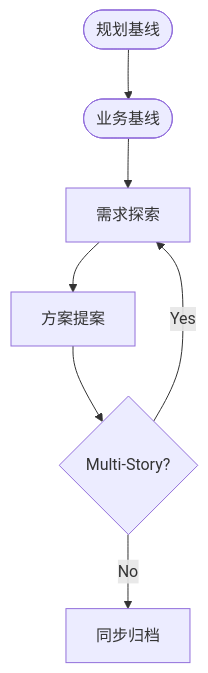
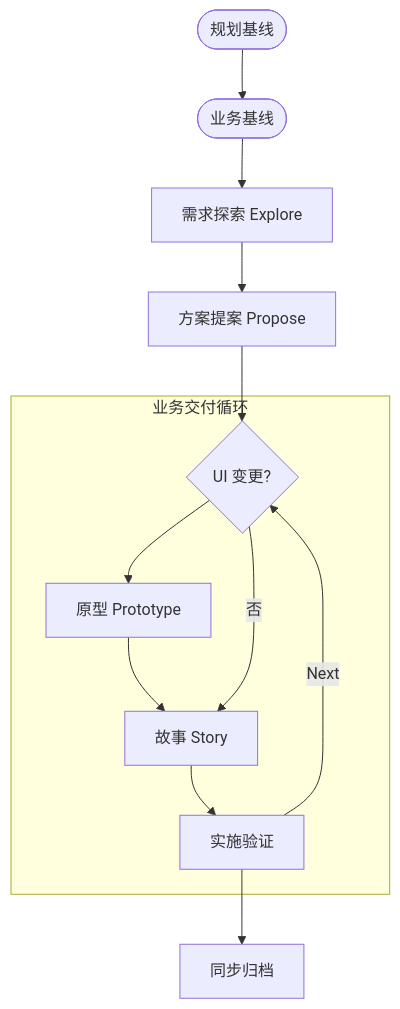
One commit to jkang/openspec-example changed the second of 3 diagrams in docs/TALK_PRD_TO_SPECS.md. Above: the diagram before and after it, drawn with Mermaid. The commit also changed other lines of this file and 44 other files, not shown here.

````diff
--- a/docs/TALK_PRD_TO_SPECS.md
+++ b/docs/TALK_PRD_TO_SPECS.md
@@ -60,9 +60,13 @@
 ```mermaid
 flowchart TD
     A([规划基线]) --> B([业务基线])
-    B --> C[需求探索]
-    C --> D[方案提案]
-    D --> E{Multi-Story?}
-    E -- Yes --> C
-    E -- No --> F[同步归档]
+    B --> C[需求探索 Explore]
+    C --> D[方案提案 Propose]
+    subgraph Loop [业务交付循环]
+        E{UI 变更?} --> F[原型 Prototype] --> G[故事 Story] --> H[实施验证]
+        E -- 否 --> G
+        H -- Next --> E
+    end
+    D --> E
+    H --> I[同步归档]
 ```
````
